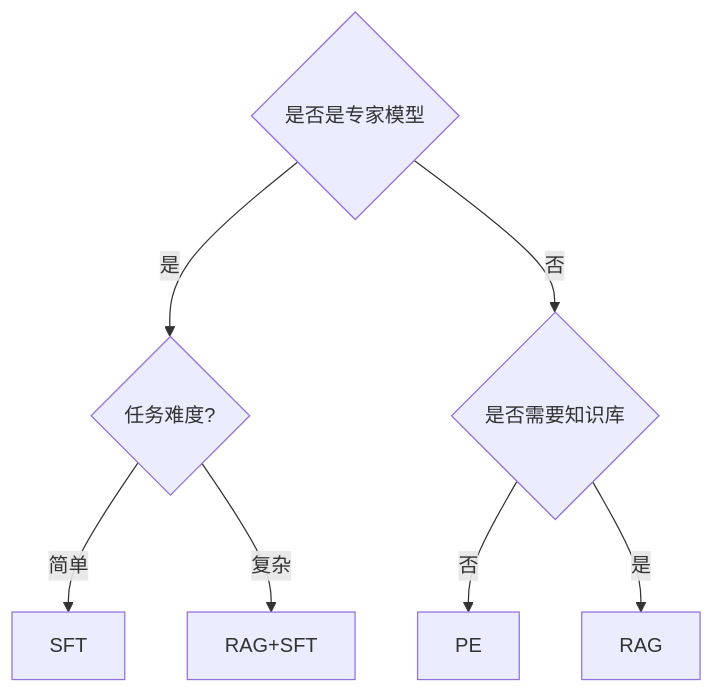
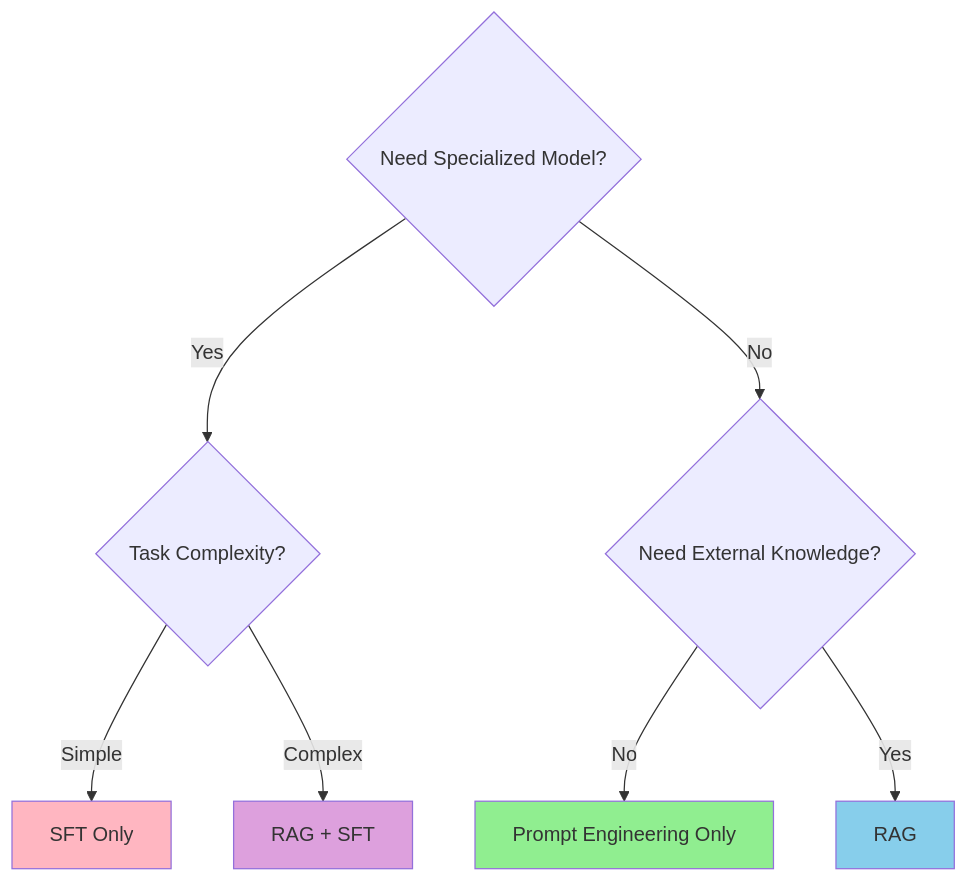
Before and after one commit to zenHeart/learn-ai: the diagram in docs/tech/index.md, drawn with Mermaid. The commit also changed other lines of this file and 8 other files, not shown here.

````diff
--- a/docs/tech/index.md
+++ b/docs/tech/index.md
@@ -16,11 +53,14 @@
 ```mermaid
+graph TD
+    A{Need Specialized Model?} -->|Yes| B{Task Complexity?}
+    A -->|No| C{Need External Knowledge?}
+    B -->|Simple| D[SFT Only]
+    B -->|Complex| E[RAG + SFT]
+    C -->|No| F[Prompt Engineering Only]
+    C -->|Yes| G[RAG]
 
-graph TD
-    A{是否是专家模型} -->|是| B{任务难度?}
-    A -->|否| C{是否需要知识库}
-    B -->|简单| D[SFT]
-    B -->|复杂| E[RAG+SFT]
-    C -->|否| F[PE]
-    C -->|是| G[RAG]
-          
+    style F fill:#90EE90
+    style G fill:#87CEEB
+    style D fill:#FFB6C1
+    style E fill:#DDA0DD
 ```
````
